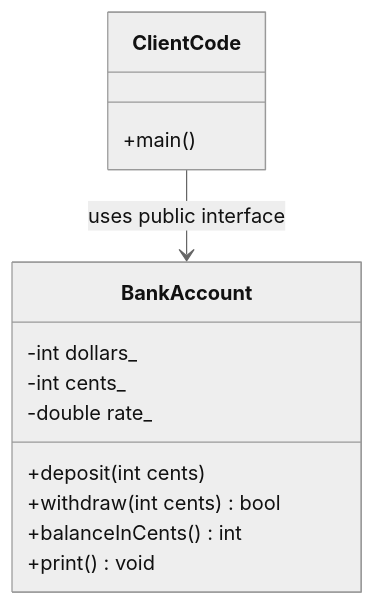
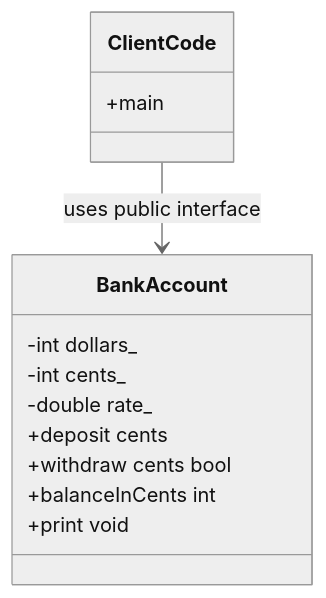
The diagram in docs/cs/programming/cpp/classes-and-encapsulation.md (justinbrianhwang/SJ-wiki), drawn with Mermaid (neutral theme) before and after one commit. The commit also changed other lines of this file and 166 other files, not shown here.

````diff
--- a/docs/cs/programming/cpp/classes-and-encapsulation.md
+++ b/docs/cs/programming/cpp/classes-and-encapsulation.md
@@ -113,16 +140,16 @@
 ```mermaid
 classDiagram
   class BankAccount {
     -int dollars_
     -int cents_
     -double rate_
-    +deposit(int cents)
-    +withdraw(int cents) bool
-    +balanceInCents() int
-    +print() void
+    +deposit cents
+    +withdraw cents bool
+    +balanceInCents int
+    +print void
   }
   class ClientCode {
-    +main()
+    +main
   }
   ClientCode --> BankAccount : uses public interface
 ```
````
